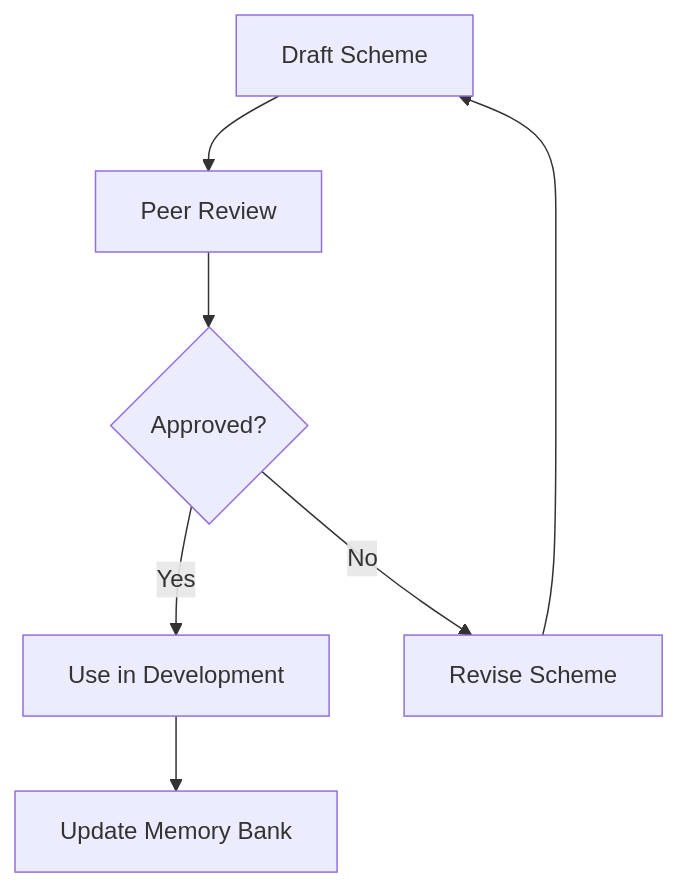
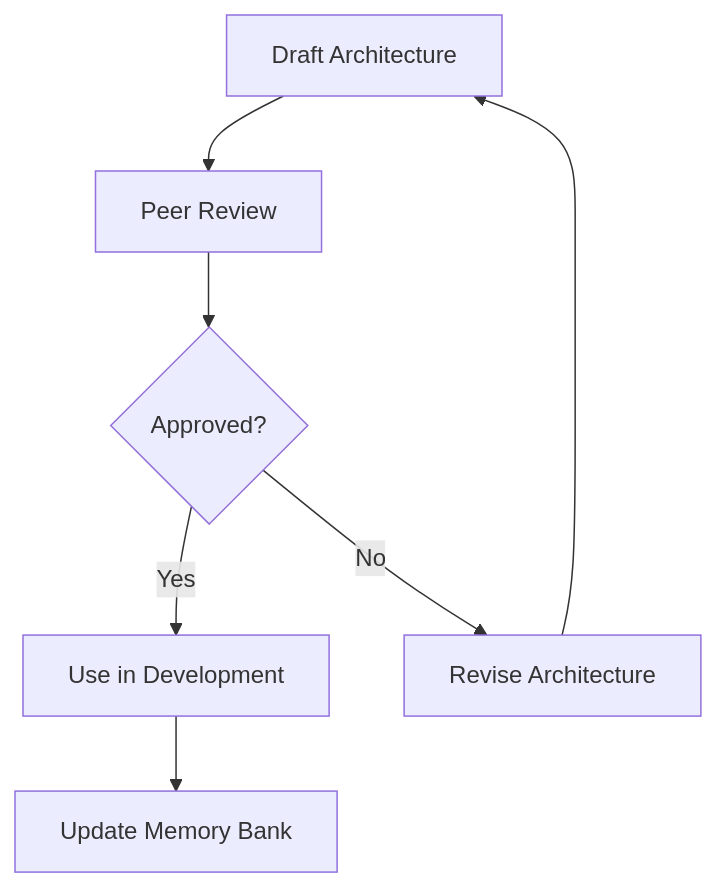
One commit to DennisGrammes/arc42-memory-bank changed the diagram in .github/instructions/rules/isolation_rules/Core/system-scheme-management.md. Above: the diagram before and after it, drawn with Mermaid. The commit also changed other lines of this file and 25 other files, not shown here.

First line of the commit message:
feat: Migrate from C4 model to arc42 architecture documentation

````diff
--- a/.github/instructions/rules/isolation_rules/Core/system-scheme-management.md
+++ b/.github/instructions/rules/isolation_rules/Core/system-scheme-management.md
@@ -34,9 +36,9 @@
 ```mermaid
 graph TD
-    Draft["Draft Scheme"] --> Review["Peer Review"]
+    Draft["Draft Architecture"] --> Review["Peer Review"]
     Review --> Approve{"Approved?"}
     Approve -->|"Yes"| Use["Use in Development"]
-    Approve -->|"No"| Revise["Revise Scheme"]
+    Approve -->|"No"| Revise["Revise Architecture"]
     Use --> UpdateMB["Update Memory Bank"]
     Revise --> Draft
 ```
````
